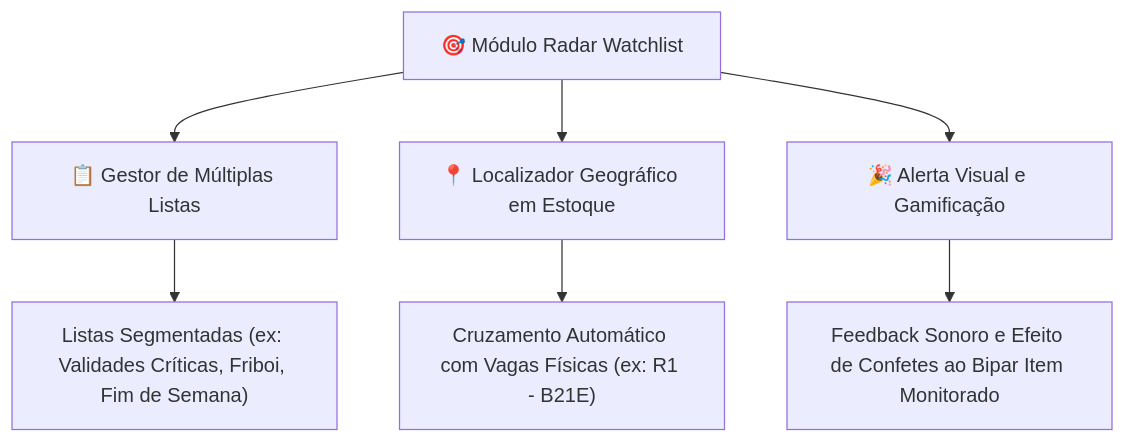
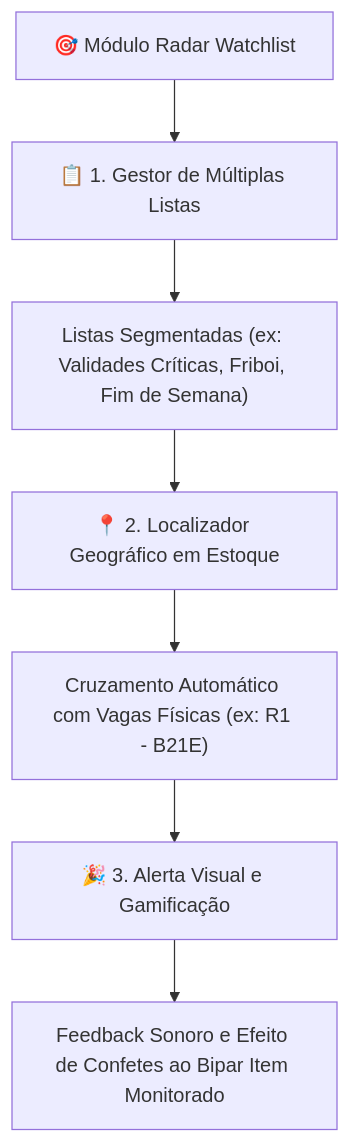
The diagram in docs/pwa-pesquisa-watchlist.md (NaejBarbosa/paletscan-etl), drawn with Mermaid before and after one commit. The commit also changed other lines of this file and 4 other files, not shown here.

Commit message:
fix(docs): encadear diagramas em esteiras estritamente verticais para visualizacao mobile perfeita

````diff
--- a/docs/pwa-pesquisa-watchlist.md
+++ b/docs/pwa-pesquisa-watchlist.md
@@ -18,13 +18,13 @@
 ```mermaid
 flowchart TD
     RADAR["🎯 Módulo Radar Watchlist"]
     
-    RADAR --> G1["📋 Gestor de Múltiplas Listas"]
+    RADAR --> G1["📋 1. Gestor de Múltiplas Listas"]
     G1 --> D1["Listas Segmentadas (ex: Validades Críticas, Friboi, Fim de Semana)"]
     
-    RADAR --> G2["📍 Localizador Geográfico em Estoque"]
+    D1 --> G2["📍 2. Localizador Geográfico em Estoque"]
     G2 --> D2["Cruzamento Automático com Vagas Físicas (ex: R1 - B21E)"]
     
-    RADAR --> G3["🎉 Alerta Visual e Gamificação"]
+    D2 --> G3["🎉 3. Alerta Visual e Gamificação"]
     G3 --> D3["Feedback Sonoro e Efeito de Confetes ao Bipar Item Monitorado"]
 ```
````
